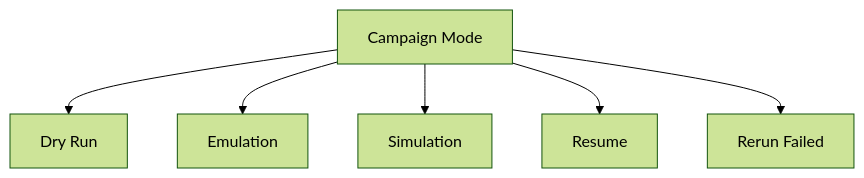
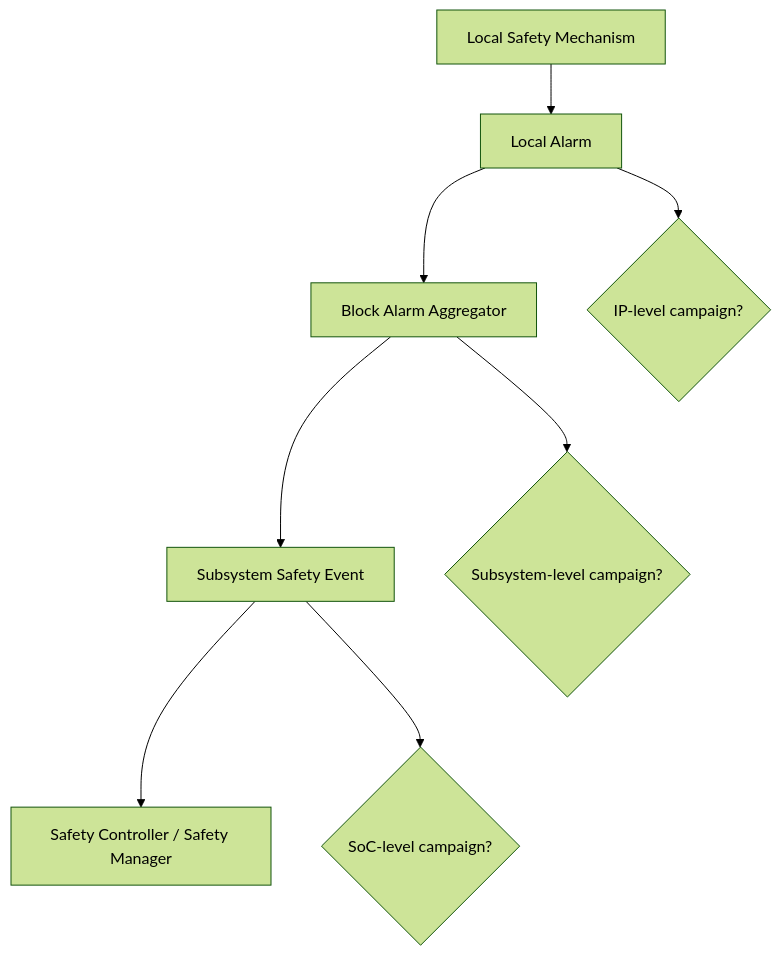
Before and after one commit to qiqixixi1001/automotive-safeic-practice: the fifth of 8 diagrams in articles/10_automotive_safeic_practice_d10_github_en_fault_campaign_execution.md, drawn with Mermaid (forest theme). The commit also changed other lines of this file, not shown here.

````diff
--- a/articles/10_automotive_safeic_practice_d10_github_en_fault_campaign_execution.md
+++ b/articles/10_automotive_safeic_practice_d10_github_en_fault_campaign_execution.md
@@ -335,8 +471,10 @@
 ```mermaid
 flowchart TD
-    A[Campaign Mode] --> B[Dry Run]
-    A --> C[Emulation]
-    A --> D[Simulation]
-    A --> E[Resume]
-    A --> F[Rerun Failed]
+    A[Local Safety Mechanism] --> B[Local Alarm]
+    B --> C[Block Alarm Aggregator]
+    C --> D[Subsystem Safety Event]
+    D --> E[Safety Controller / Safety Manager]
+    B --> F{IP-level campaign?}
+    C --> G{Subsystem-level campaign?}
+    D --> H{SoC-level campaign?}
 ```
````
